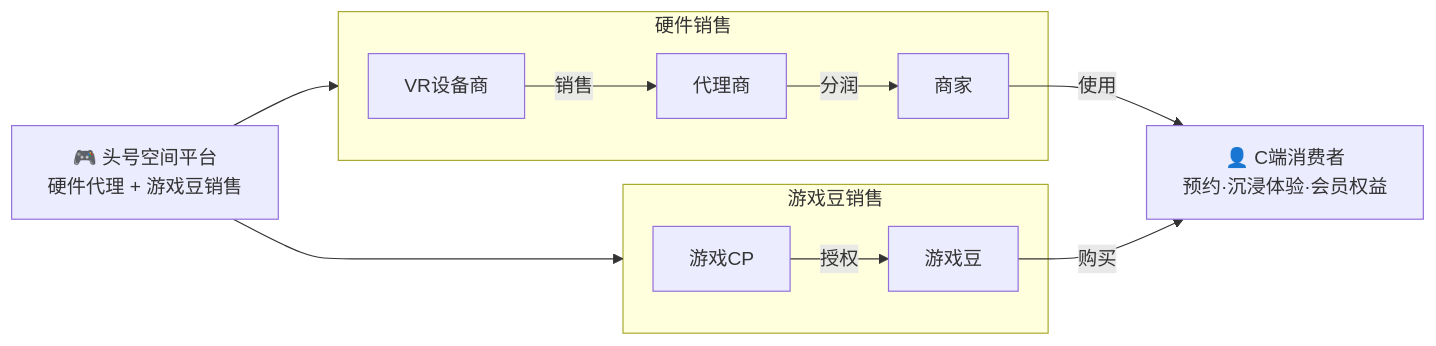
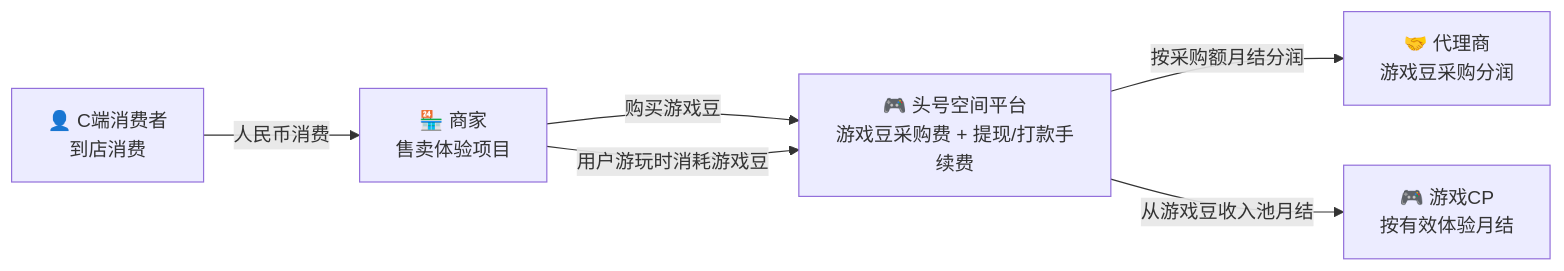
One commit to andy685/VRtouhaokongjian changed the second of 7 diagrams in docs/头号空间-产品需求文档-PRD-v1.3.md. Above: the diagram before and after it, drawn with Mermaid. The commit also changed other lines of this file and 36 other files, not shown here.

````diff
--- a/docs/头号空间-产品需求文档-PRD-v1.3.md
+++ b/docs/头号空间-产品需求文档-PRD-v1.3.md
@@ -86,21 +88,14 @@
 ```mermaid
 flowchart LR
-    P["🎮 头号空间平台<br/>硬件代理 + 游戏豆销售"]
-    
-    subgraph H["硬件销售"]
-        H1["VR设备商"]
-        S["代理商"]
-        M["商家"]
-    end
-    
-    subgraph G["游戏豆销售"]
-        G1["游戏CP"]
-        G2["游戏豆"]
-    end
-    
-    C["👤 C端消费者<br/>预约·沉浸体验·会员权益"]
-    
-    P --> H & G
-    H1 -->|销售| S -->|分润| M -->|使用| C
-    G1 -->|授权| G2 -->|购买| C
+    C["👤 C端消费者<br/>到店消费"]
+    M["🏪 商家<br/>售卖体验项目"]
+    P["🎮 头号空间平台<br/>游戏豆采购费 + 提现/打款手续费"]
+    A["🤝 代理商<br/>游戏豆采购分润"]
+    CP["🎮 游戏CP<br/>按有效体验月结"]
+
+    C -->|人民币消费| M
+    M -->|购买游戏豆| P
+    M -->|用户游玩时消耗游戏豆| P
+    P -->|按采购额月结分润| A
+    P -->|从游戏豆收入池月结| CP
 ```
````
